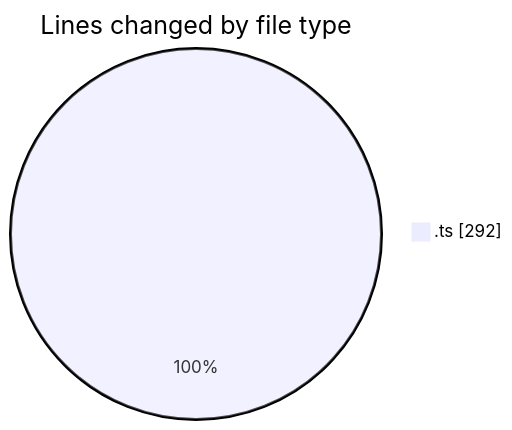
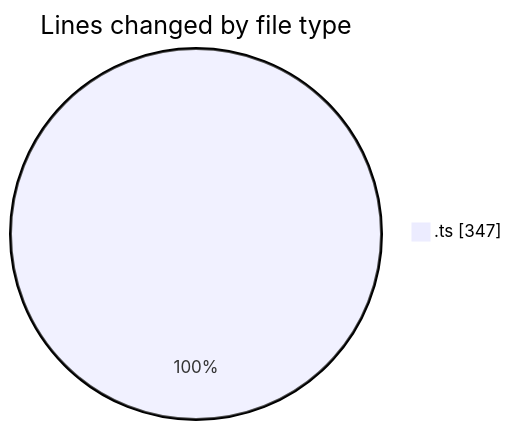
Before and after one commit to momahboobian/code-tracking: the first of 2 diagrams in 2025-08-07/cda/README.md, drawn with Mermaid. The commit also changed other lines of this file and 1 other file, not shown here.

````diff
--- a/2025-08-07/cda/README.md
+++ b/2025-08-07/cda/README.md
@@ -20,5 +20,5 @@
 ```mermaid
 pie showData
 title Lines changed by file type
-".ts" : 292
+".ts" : 347
 ```
````
